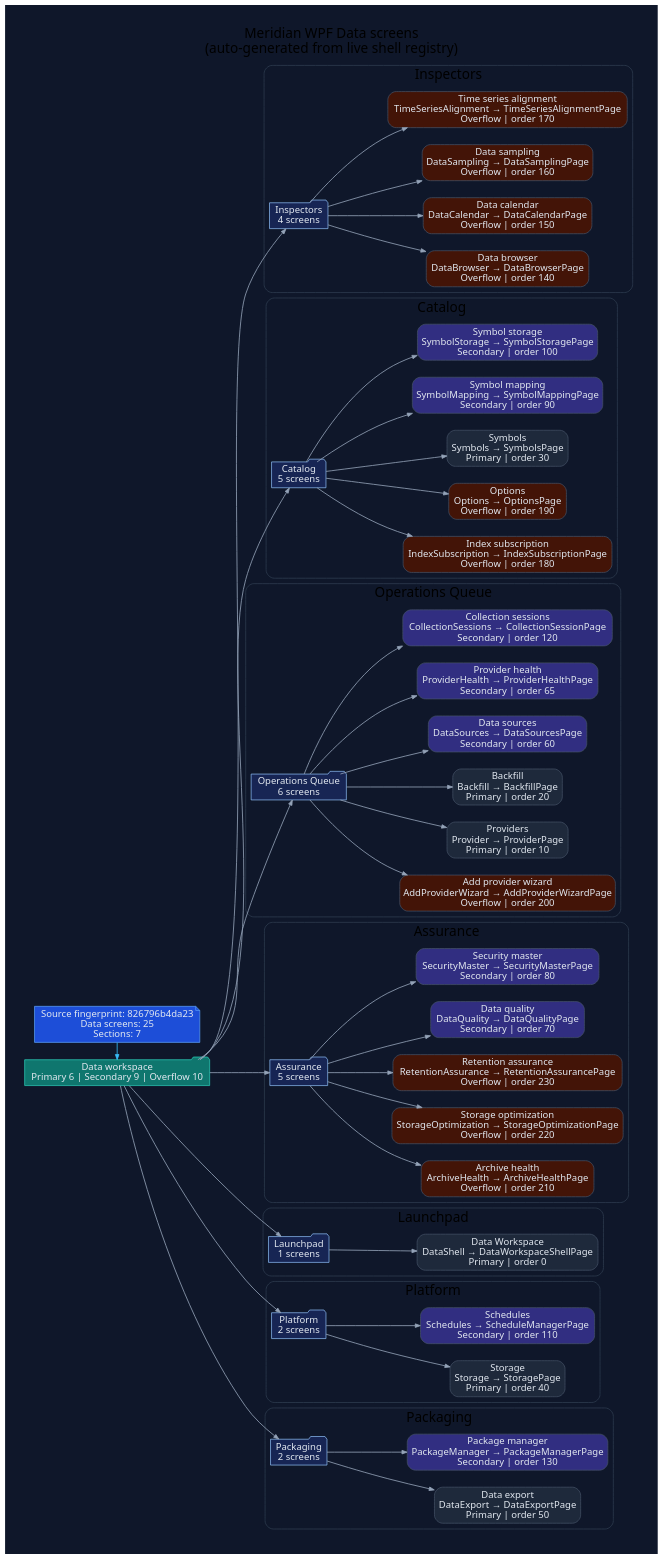
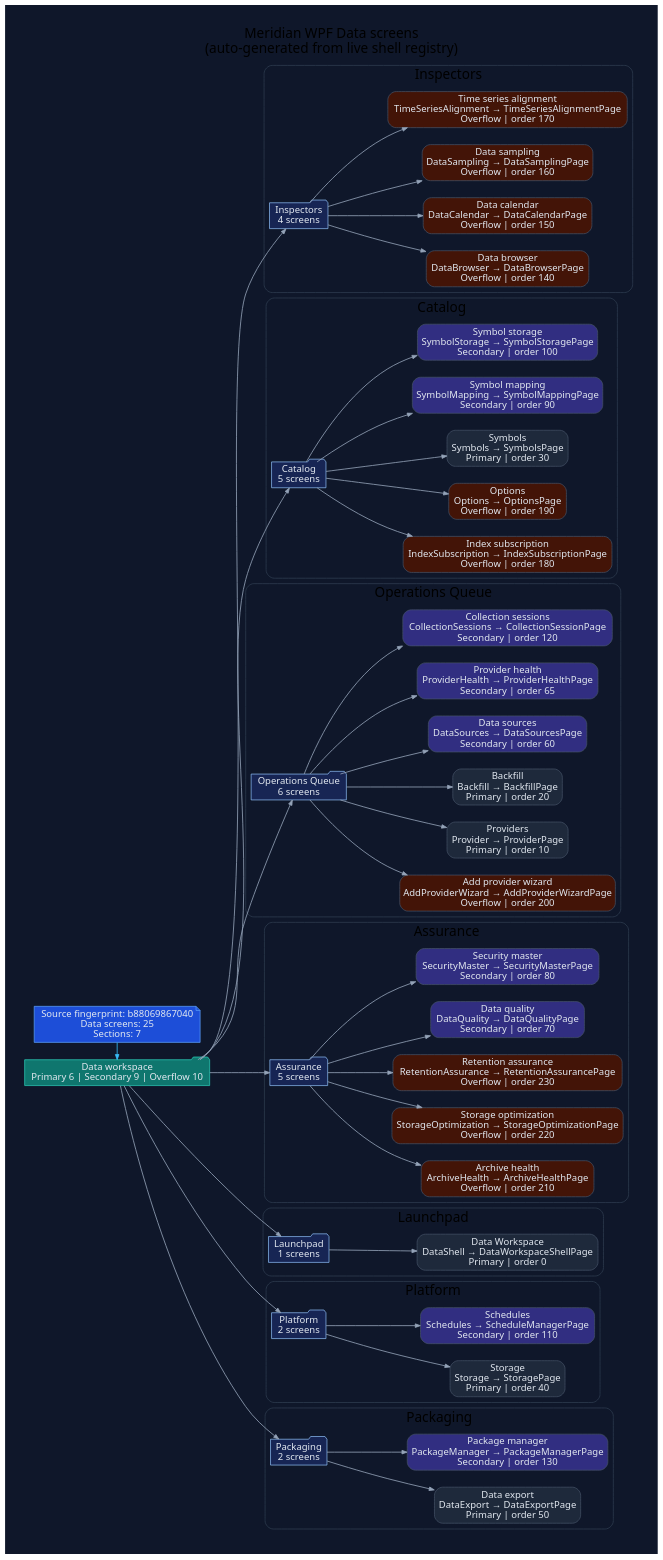
Before and after one commit to rodoHasArrived/Meridian-main: the diagram in docs/diagrams/ui-wpf-screens-data.dot, drawn with Graphviz. The commit also changed 96 other files, not shown here.

First line of the commit message:
Refresh reviewed generated documentation and source hashes for the stack

```diff
--- a/docs/diagrams/ui-wpf-screens-data.dot
+++ b/docs/diagrams/ui-wpf-screens-data.dot
@@ -1,132 +1,132 @@
 // -----------------------------------------------------------------------------
 // <auto-generated>
 // Generated by scripts/generate-diagrams.mjs.
 // Do not edit this file directly; update the WPF source files instead.
 // -----------------------------------------------------------------------------
 digraph WpfDataScreens {
   graph [
     rankdir=LR,
     labelloc=t,
     label="Meridian WPF Data screens\n(auto-generated from live shell registry)",
     fontname="Segoe UI",
     fontsize=20,
     pad=0.4,
     nodesep=0.35,
     ranksep=0.85,
     bgcolor="#0f172a"
   ];
   node [fontname="Segoe UI", shape=box, style="rounded,filled", color="#475569", fontcolor="#e2e8f0", fillcolor="#1e293b"];
   edge [fontname="Segoe UI", color="#94a3b8", penwidth=1.2, arrowsize=0.75];
 
-  generated [shape=note, fillcolor="#1d4ed8", color="#60a5fa", label="Source fingerprint: 826796b4da23\nData screens: 25\nSections: 7"];
+  generated [shape=note, fillcolor="#1d4ed8", color="#60a5fa", label="Source fingerprint: b88069867040\nData screens: 25\nSections: 7"];
   workspace [shape=folder, fillcolor="#0f766e", color="#2dd4bf", label="Data workspace\nPrimary 6 | Secondary 9 | Overflow 10"];
   generated -> workspace [color="#38bdf8"];
 
   subgraph cluster_section_1 {
     label="Inspectors";
     color="#334155";
     style="rounded";
     section_1 [shape=folder, fillcolor="#172554", color="#93c5fd", label="Inspectors\n4 screens"];
     workspace -> section_1;
     screen_DataBrowser [fillcolor="#431407", label="Data browser\nDataBrowser → DataBrowserPage\nOverflow | order 140"];
     section_1 -> screen_DataBrowser;
     screen_DataCalendar [fillcolor="#431407", label="Data calendar\nDataCalendar → DataCalendarPage\nOverflow | order 150"];
     section_1 -> screen_DataCalendar;
     screen_DataSampling [fillcolor="#431407", label="Data sampling\nDataSampling → DataSamplingPage\nOverflow | order 160"];
     section_1 -> screen_DataSampling;
     screen_TimeSeriesAlignment [fillcolor="#431407", label="Time series alignment\nTimeSeriesAlignment → TimeSeriesAlignmentPage\nOverflow | order 170"];
     section_1 -> screen_TimeSeriesAlignment;
   }
 
   subgraph cluster_section_2 {
     label="Catalog";
     color="#334155";
     style="rounded";
     section_2 [shape=folder, fillcolor="#172554", color="#93c5fd", label="Catalog\n5 screens"];
     workspace -> section_2;
     screen_IndexSubscription [fillcolor="#431407", label="Index subscription\nIndexSubscription → IndexSubscriptionPage\nOverflow | order 180"];
     section_2 -> screen_IndexSubscription;
     screen_Options [fillcolor="#431407", label="Options\nOptions → OptionsPage\nOverflow | order 190"];
     section_2 -> screen_Options;
     screen_Symbols [fillcolor="#1e293b", label="Symbols\nSymbols → SymbolsPage\nPrimary | order 30"];
     section_2 -> screen_Symbols;
     screen_SymbolMapping [fillcolor="#312e81", label="Symbol mapping\nSymbolMapping → SymbolMappingPage\nSecondary | order 90"];
     section_2 -> screen_SymbolMapping;
     screen_SymbolStorage [fillcolor="#312e81", label="Symbol storage\nSymbolStorage → SymbolStoragePage\nSecondary | order 100"];
     section_2 -> screen_SymbolStorage;
   }
 
   subgraph cluster_section_3 {
     label="Operations Queue";
     color="#334155";
     style="rounded";
     section_3 [shape=folder, fillcolor="#172554", color="#93c5fd", label="Operations Queue\n6 screens"];
     workspace -> section_3;
     screen_AddProviderWizard [fillcolor="#431407", label="Add provider wizard\nAddProviderWizard → AddProviderWizardPage\nOverflow | order 200"];
     section_3 -> screen_AddProviderWizard;
     screen_Provider [fillcolor="#1e293b", label="Providers\nProvider → ProviderPage\nPrimary | order 10"];
     section_3 -> screen_Provider;
     screen_Backfill [fillcolor="#1e293b", label="Backfill\nBackfill → BackfillPage\nPrimary | order 20"];
     section_3 -> screen_Backfill;
     screen_DataSources [fillcolor="#312e81", label="Data sources\nDataSources → DataSourcesPage\nSecondary | order 60"];
     section_3 -> screen_DataSources;
     screen_ProviderHealth [fillcolor="#312e81", label="Provider health\nProviderHealth → ProviderHealthPage\nSecondary | order 65"];
     section_3 -> screen_ProviderHealth;
     screen_CollectionSessions [fillcolor="#312e81", label="Collection sessions\nCollectionSessions → CollectionSessionPage\nSecondary | order 120"];
     section_3 -> screen_CollectionSessions;
   }
 
   subgraph cluster_section_4 {
     label="Assurance";
     color="#334155";
     style="rounded";
     section_4 [shape=folder, fillcolor="#172554", color="#93c5fd", label="Assurance\n5 screens"];
     workspace -> section_4;
     screen_ArchiveHealth [fillcolor="#431407", label="Archive health\nArchiveHealth → ArchiveHealthPage\nOverflow | order 210"];
     section_4 -> screen_ArchiveHealth;
     screen_StorageOptimization [fillcolor="#431407", label="Storage optimization\nStorageOptimization → StorageOptimizationPage\nOverflow | order 220"];
     section_4 -> screen_StorageOptimization;
     screen_RetentionAssurance [fillcolor="#431407", label="Retention assurance\nRetentionAssurance → RetentionAssurancePage\nOverflow | order 230"];
     section_4 -> screen_RetentionAssurance;
     screen_DataQuality [fillcolor="#312e81", label="Data quality\nDataQuality → DataQualityPage\nSecondary | order 70"];
     section_4 -> screen_DataQuality;
     screen_SecurityMaster [fillcolor="#312e81", label="Security master\nSecurityMaster → SecurityMasterPage\nSecondary | order 80"];
     section_4 -> screen_SecurityMaster;
   }
 
   subgraph cluster_section_5 {
     label="Launchpad";
     color="#334155";
     style="rounded";
     section_5 [shape=folder, fillcolor="#172554", color="#93c5fd", label="Launchpad\n1 screens"];
     workspace -> section_5;
     screen_DataShell [fillcolor="#1e293b", label="Data Workspace\nDataShell → DataWorkspaceShellPage\nPrimary | order 0"];
     section_5 -> screen_DataShell;
   }
 
   subgraph cluster_section_6 {
     label="Platform";
     color="#334155";
     style="rounded";
     section_6 [shape=folder, fillcolor="#172554", color="#93c5fd", label="Platform\n2 screens"];
     workspace -> section_6;
     screen_Storage [fillcolor="#1e293b", label="Storage\nStorage → StoragePage\nPrimary | order 40"];
     section_6 -> screen_Storage;
     screen_Schedules [fillcolor="#312e81", label="Schedules\nSchedules → ScheduleManagerPage\nSecondary | order 110"];
     section_6 -> screen_Schedules;
   }
 
   subgraph cluster_section_7 {
     label="Packaging";
     color="#334155";
     style="rounded";
     section_7 [shape=folder, fillcolor="#172554", color="#93c5fd", label="Packaging\n2 screens"];
     workspace -> section_7;
     screen_DataExport [fillcolor="#1e293b", label="Data export\nDataExport → DataExportPage\nPrimary | order 50"];
     section_7 -> screen_DataExport;
     screen_PackageManager [fillcolor="#312e81", label="Package manager\nPackageManager → PackageManagerPage\nSecondary | order 130"];
     section_7 -> screen_PackageManager;
   }
 
   { rank=min; generated; workspace; }
 }
```
